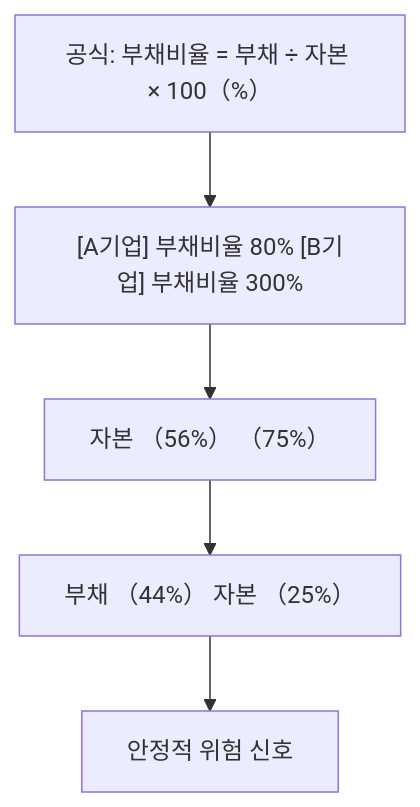
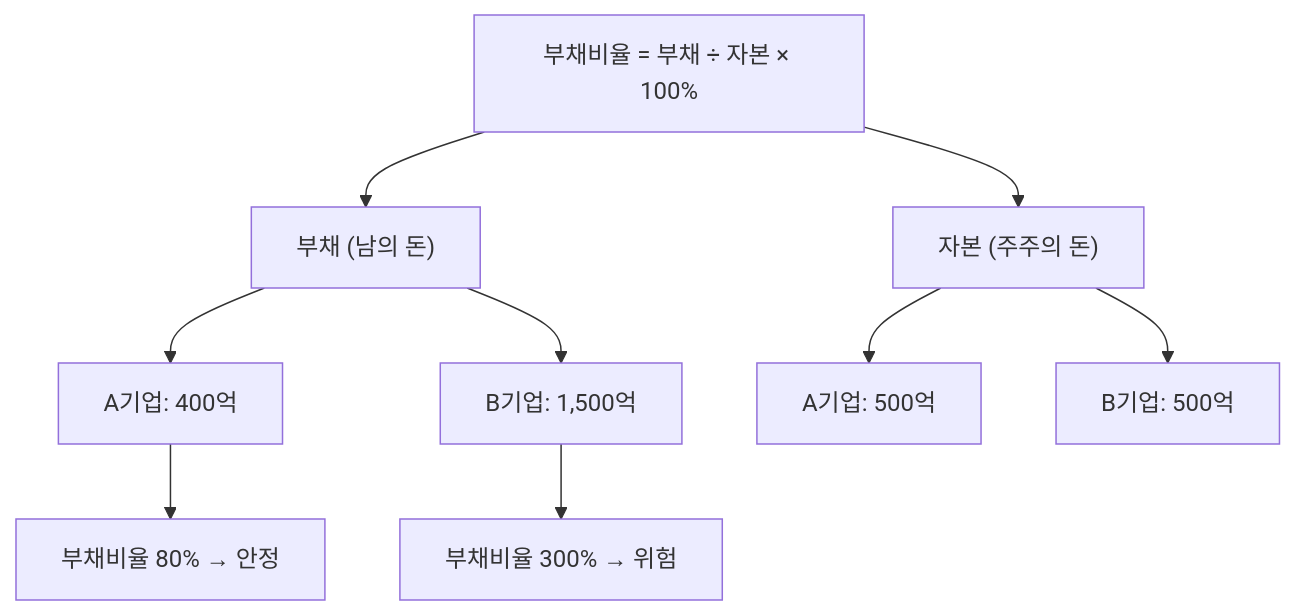
The diagram in content/stock-terms/ko/level-04-ratios/debt-ratio.md (yeongseon/stock-visual-note), drawn with Mermaid before and after one commit. The commit also changed other lines of this file and 96 other files, not shown here.

Commit message:
Rewrite all 98 remaining articles: branching Mermaid diagrams, natural search_intent, compelling seo_titles, clean descriptions

````diff
--- a/content/stock-terms/ko/level-04-ratios/debt-ratio.md
+++ b/content/stock-terms/ko/level-04-ratios/debt-ratio.md
@@ -39,12 +39,12 @@
 ```mermaid
 graph TD
-    N0["공식: 부채비율 = 부채 ÷ 자본 × 100（%）"]
-    N1["[A기업] 부채비율 80% [B기업] 부채비율 300%"]
-    N2["자본 （56%） （75%）"]
-    N3["부채 （44%） 자본 （25%）"]
-    N4["안정적 위험 신호"]
-    N0 --> N1
-    N1 --> N2
-    N2 --> N3
-    N3 --> N4
+    A["부채비율 = 부채 ÷ 자본 × 100%"]
+    A --> B["부채 (남의 돈)"]
+    A --> C["자본 (주주의 돈)"]
+    B --> D["A기업: 400억"]
+    C --> E["A기업: 500억"]
+    D --> F["부채비율 80% → 안정"]
+    B --> G["B기업: 1,500억"]
+    C --> H["B기업: 500억"]
+    G --> I["부채비율 300% → 위험"]
 ```
````
